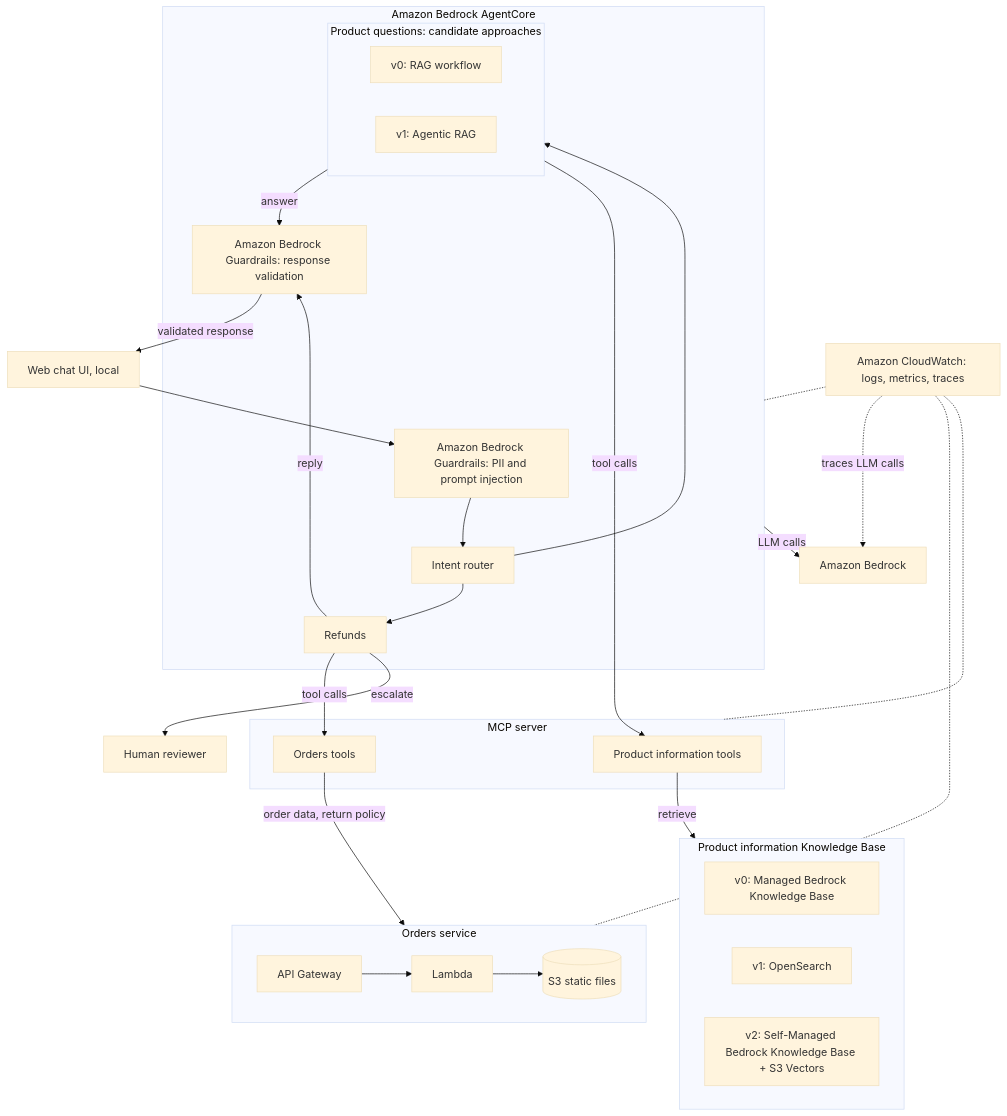
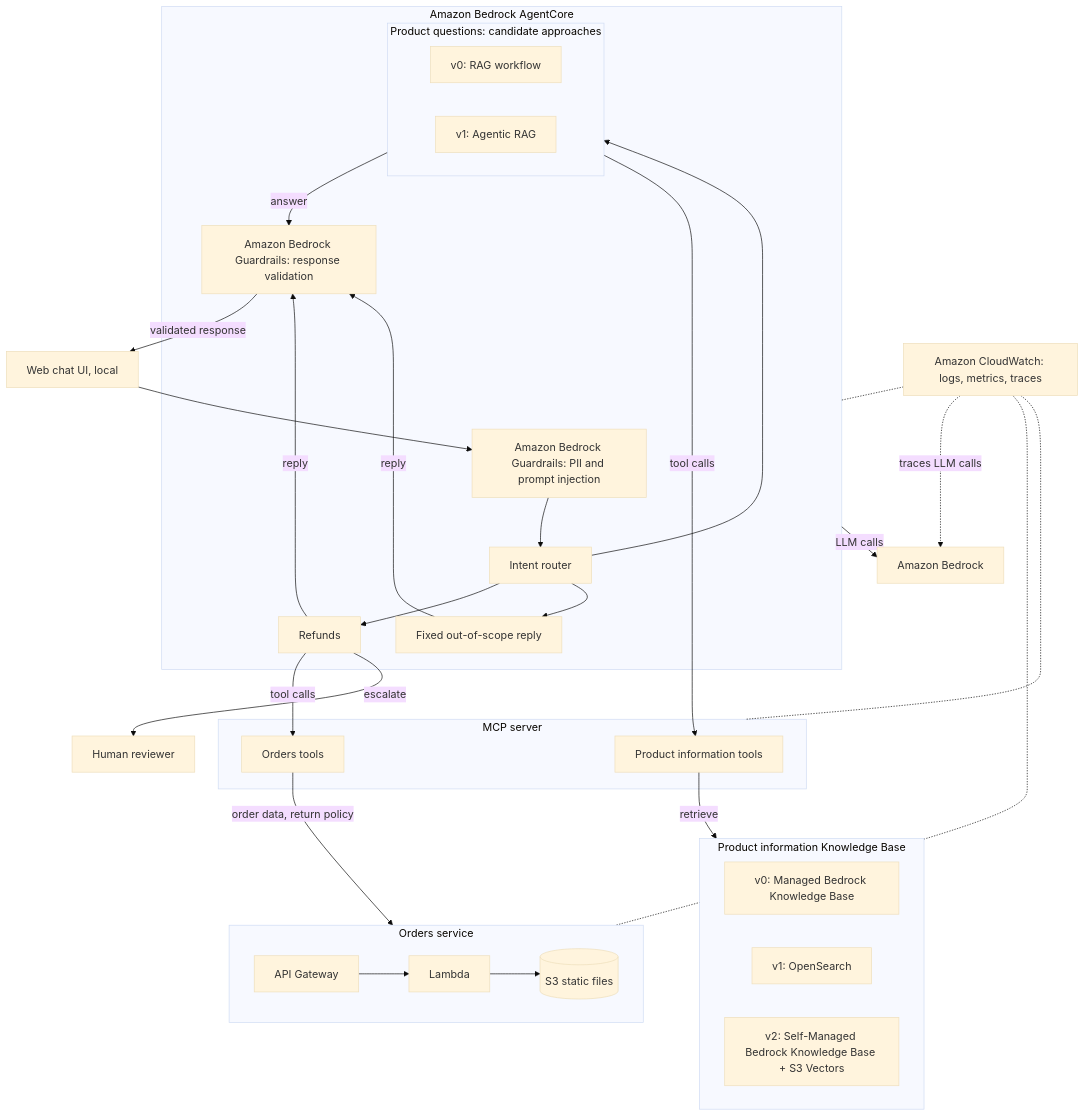
The diagram in docs/architecture.md (lilianabs/customer-service-agent), drawn with Mermaid (base theme) before and after one commit. The commit also changed other lines of this file and 1 other file, not shown here.

Commit message:
Add an out of scope reply node to the agent graph

````diff
--- a/docs/architecture.md
+++ b/docs/architecture.md
@@ -49,38 +49,40 @@
 ```mermaid
 flowchart TD
     subgraph AgentCore[Amazon Bedrock AgentCore]
         InGuard["Amazon Bedrock Guardrails: PII and prompt injection"] --> Router
         Router[Intent router] --> Product
         Router --> Refunds[Refunds]
+        Router --> Other[Fixed out-of-scope reply]
+        Other -->|reply| OutGuard
         subgraph Product[Product questions: candidate approaches]
             P0[v0: RAG workflow]
             P1[v1: Agentic RAG]
         end
         Product -->|answer| OutGuard["Amazon Bedrock Guardrails: response validation"]
         Refunds -->|reply| OutGuard
     end
     UI[Web chat UI, local] --> InGuard
     Product -->|tool calls| ProductTools
     Refunds -->|tool calls| OrderTools
     Refunds -->|escalate| Human[Human reviewer]
     OutGuard -->|validated response| UI
     subgraph MCP[MCP server]
         ProductTools[Product information tools]
         OrderTools[Orders tools]
     end
     ProductTools -->|retrieve| KB
     OrderTools -->|order data, return policy| Orders
     subgraph KB[Product information Knowledge Base]
         V0[v0: Managed Bedrock Knowledge Base]
         V1[v1: OpenSearch]
         V2[v2: Self-Managed Bedrock Knowledge Base + S3 Vectors]
     end
     subgraph Orders[Orders service]
         APIGW[API Gateway] --> Lambda[Lambda] --> S3[(S3 static files)]
     end
     AgentCore -->|LLM calls| Bedrock[Amazon Bedrock]
     CW[Amazon CloudWatch: logs, metrics, traces] -.- AgentCore
     CW -.- Orders
     CW -.- MCP
     CW -.->|traces LLM calls| Bedrock
 ```
````
